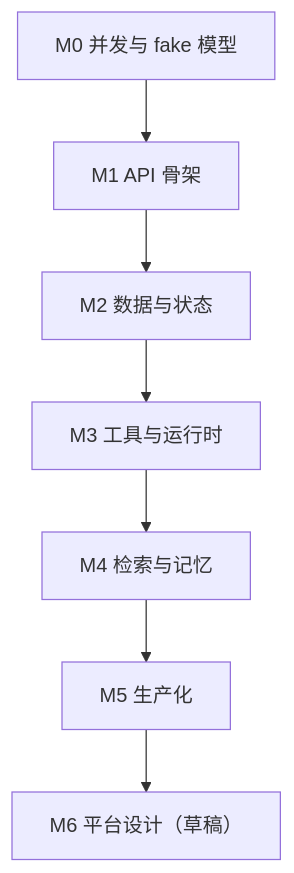
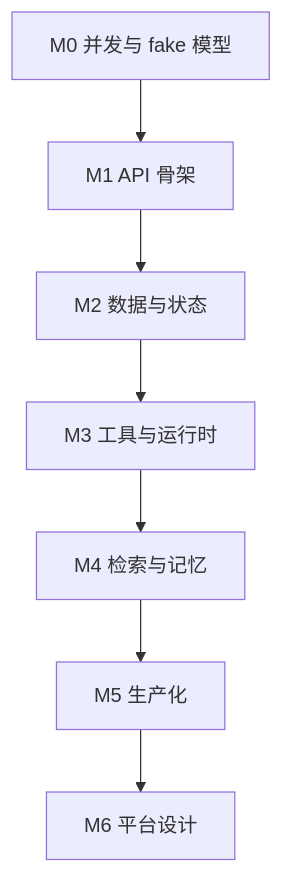
Before and after one commit to lance2016/ai-app-engineering: the second of 4 diagrams in lessons/README.md, drawn with Mermaid. The commit also changed other lines of this file and 7 other files, not shown here.

````diff
--- a/lessons/README.md
+++ b/lessons/README.md
@@ -156,9 +156,9 @@
 ```mermaid
 flowchart TB
     M0["M0 并发与 fake 模型"] --> M1["M1 API 骨架"]
     M1 --> M2["M2 数据与状态"]
     M2 --> M3["M3 工具与运行时"]
     M3 --> M4["M4 检索与记忆"]
     M4 --> M5["M5 生产化"]
-    M5 --> M6["M6 平台设计（草稿）"]
+    M5 --> M6["M6 平台设计"]
 ```
````
